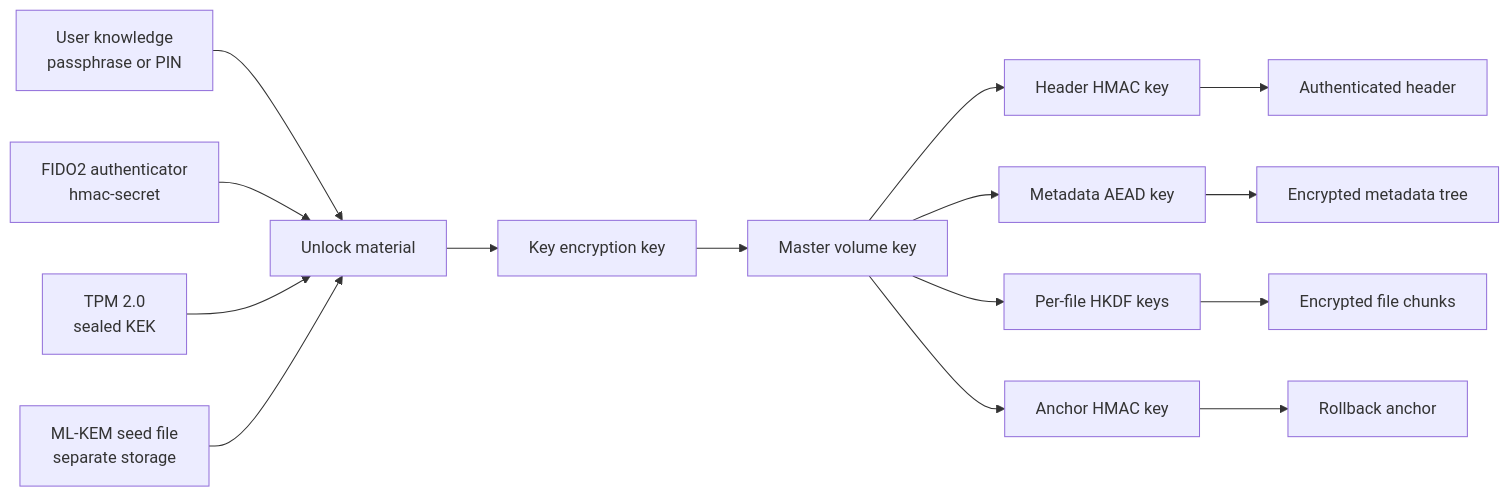
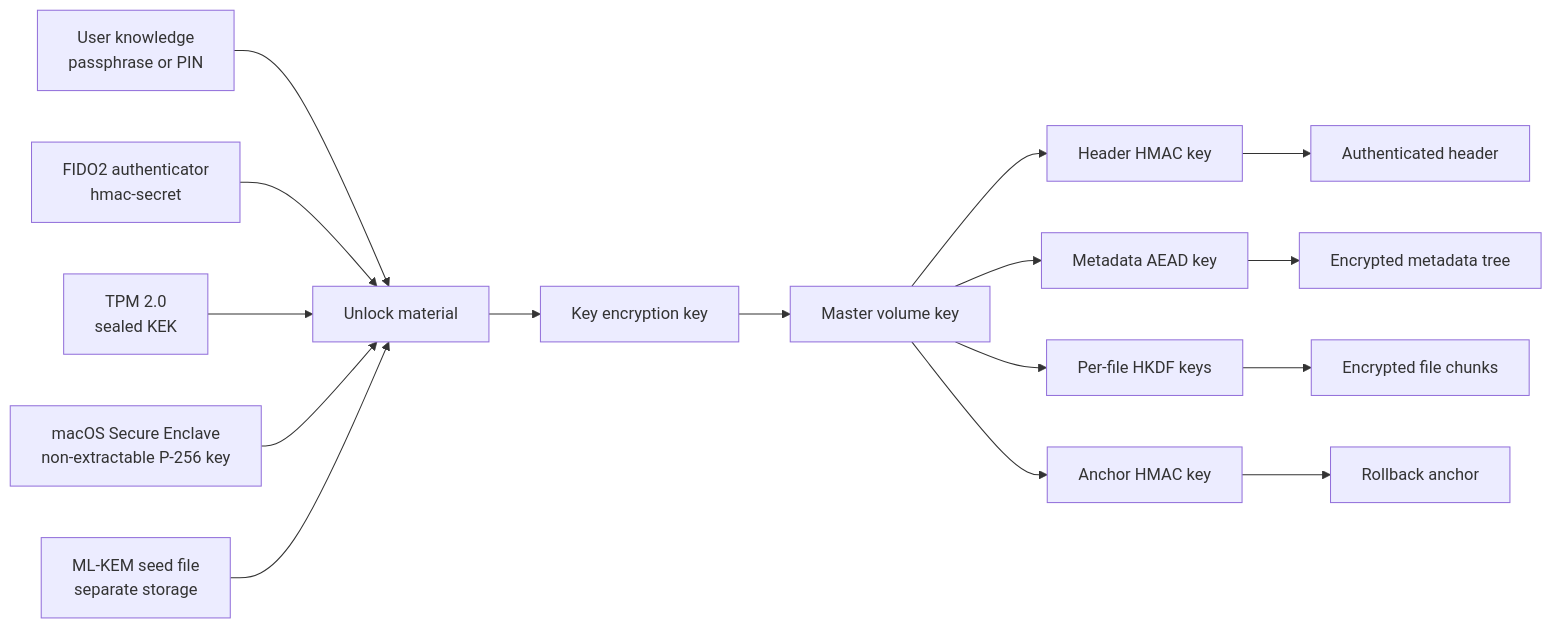
One commit to PentHertz/LUKSbox changed the first of 4 diagrams in docs/SECURITY_ARCHITECTURE.md. Above: the diagram before and after it, drawn with Mermaid. The commit also changed other lines of this file and 12 other files, not shown here.

````diff
--- a/docs/SECURITY_ARCHITECTURE.md
+++ b/docs/SECURITY_ARCHITECTURE.md
@@ -17,19 +17,20 @@
 ```mermaid
 flowchart LR
     User[User knowledge<br/>passphrase or PIN] --> Unlock[Unlock material]
     FIDO[FIDO2 authenticator<br/>hmac-secret] --> Unlock
     TPM[TPM 2.0<br/>sealed KEK] --> Unlock
+    SEP[macOS Secure Enclave<br/>non-extractable P-256 key] --> Unlock
     PQ[ML-KEM seed file<br/>separate storage] --> Unlock
 
     Unlock --> KEK[Key encryption key]
     KEK --> MVK[Master volume key]
     MVK --> HeaderMac[Header HMAC key]
     MVK --> MetadataKey[Metadata AEAD key]
     MVK --> FileKeys[Per-file HKDF keys]
     MVK --> AnchorKey[Anchor HMAC key]
 
     HeaderMac --> Header[Authenticated header]
     MetadataKey --> Metadata[Encrypted metadata tree]
     FileKeys --> Chunks[Encrypted file chunks]
     AnchorKey --> Anchor[Rollback anchor]
 ```
````
